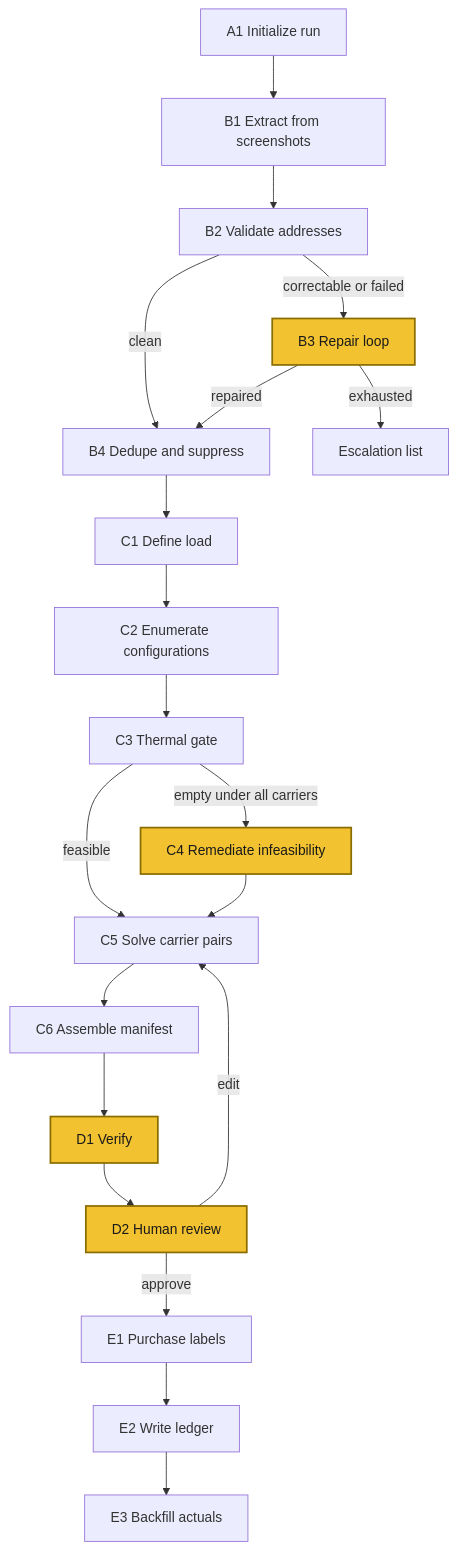
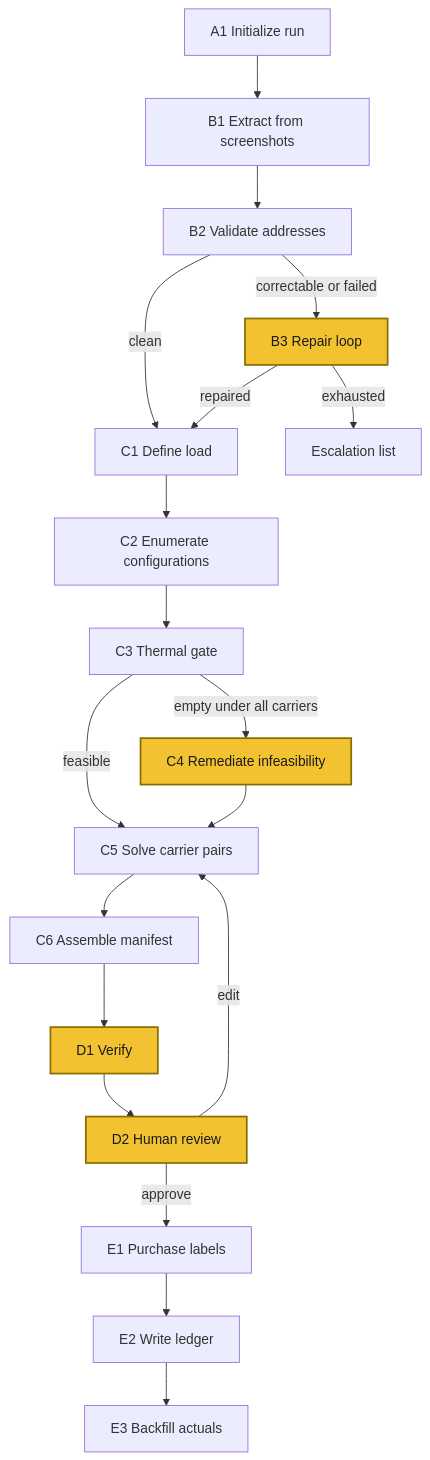
Before and after one commit to jeremy-m-mcgee/bbq-shipment-agent: the diagram in docs/design.md, drawn with Mermaid. The commit also changed other lines of this file and 5 other files, not shown here.

````diff
--- a/docs/design.md
+++ b/docs/design.md
@@ -76,25 +76,24 @@
 ```mermaid
 flowchart TD
     A1[A1 Initialize run] --> B1[B1 Extract from screenshots]
     B1 --> B2[B2 Validate addresses]
-    B2 -->|clean| B4[B4 Dedupe and suppress]
+    B2 -->|clean| C1[C1 Define load]
     B2 -->|correctable or failed| B3[B3 Repair loop]
-    B3 -->|repaired| B4
+    B3 -->|repaired| C1
     B3 -->|exhausted| ESC[Escalation list]
-    B4 --> C1[C1 Define load]
     C1 --> C2[C2 Enumerate configurations]
     C2 --> C3[C3 Thermal gate]
     C3 -->|feasible| C5[C5 Solve carrier pairs]
     C3 -->|empty under all carriers| C4[C4 Remediate infeasibility]
     C4 --> C5
     C5 --> C6[C6 Assemble manifest]
     C6 --> D1[D1 Verify]
     D1 --> D2[D2 Human review]
     D2 -->|edit| C5
     D2 -->|approve| E1[E1 Purchase labels]
     E1 --> E2[E2 Write ledger]
     E2 --> E3[E3 Backfill actuals]
 
     classDef agentic fill:#F2C230,stroke:#8A6D00,stroke-width:2px,color:#1A1A1A
     class B3,C4,D1,D2 agentic
 ```
````
